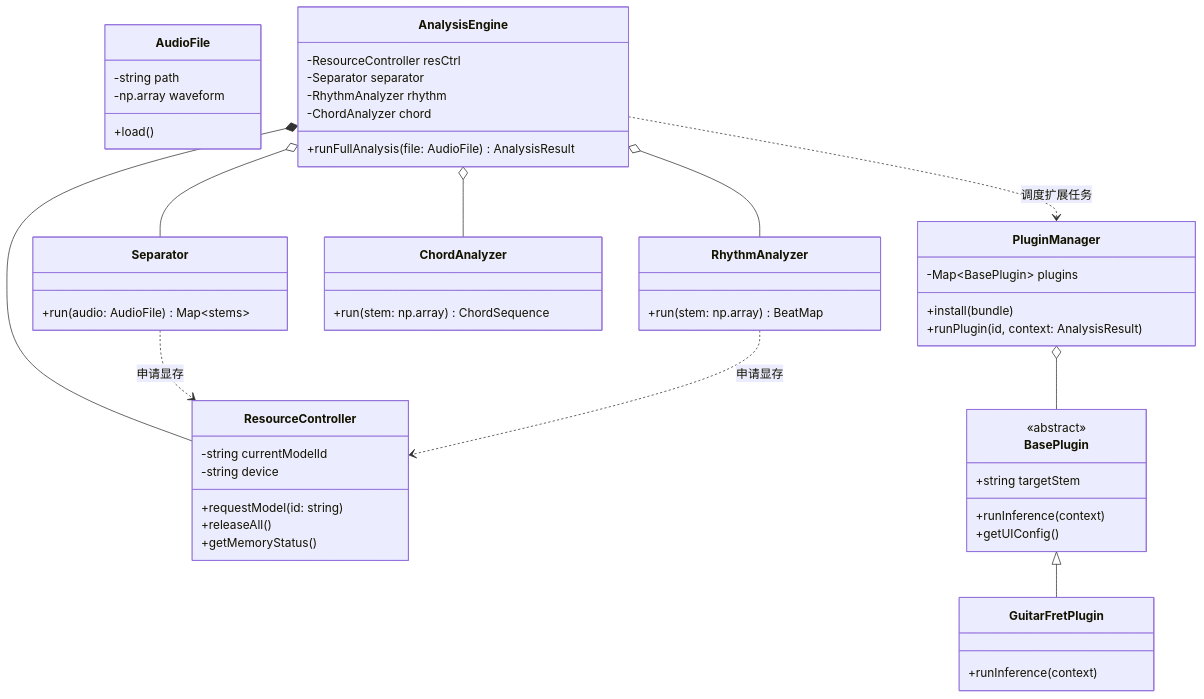
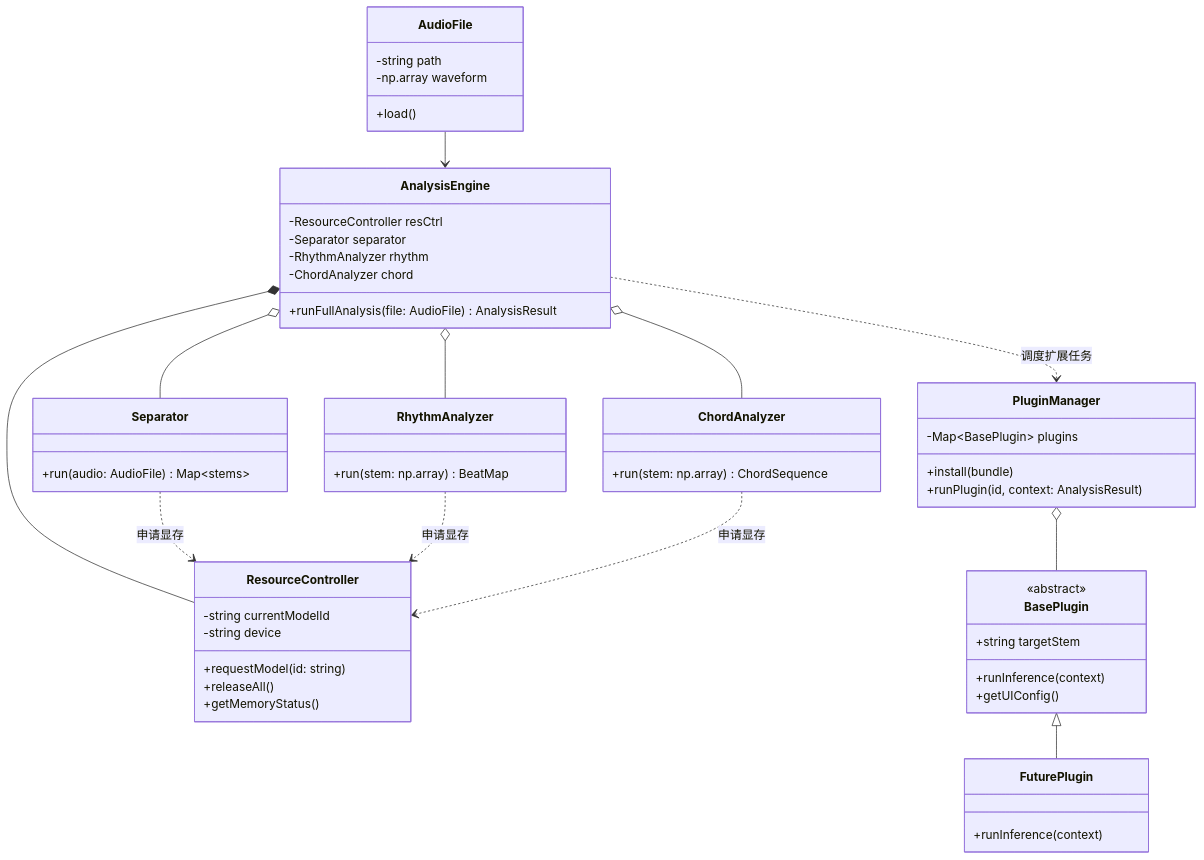
One commit to GotoMiyuki/TABsucks changed the second of 3 diagrams in 需求构思与建模.md. Above: the diagram before and after it, drawn with Mermaid. The commit also changed other lines of this file, not shown here.

````diff
--- a/需求构思与建模.md
+++ b/需求构思与建模.md
@@ -133,71 +138,72 @@
 ```mermaid
 classDiagram
     %% 核心数据
     class AudioFile {
       -string path
       -np.array waveform
       +load()
     }
 
     %% 资源调度 (算力优化核心)
     class ResourceController {
       -string currentModelId
       -string device
       +requestModel(id: string)
       +releaseAll()
       +getMemoryStatus()
     }
 
     %% 核心分析引擎
     class AnalysisEngine {
       -ResourceController resCtrl
       -Separator separator
       -RhythmAnalyzer rhythm
       -ChordAnalyzer chord
       +runFullAnalysis(file: AudioFile) AnalysisResult
     }
 
     class Separator {
       +run(audio: AudioFile) Map~stems~
     }
 
     class RhythmAnalyzer {
       +run(stem: np.array) BeatMap
     }
 
     class ChordAnalyzer {
       +run(stem: np.array) ChordSequence
     }
 
     %% 插件系统
     class PluginManager {
       -Map~BasePlugin~ plugins
       +install(bundle)
       +runPlugin(id, context: AnalysisResult)
     }
 
     class BasePlugin {
       <<abstract>>
       +string targetStem
       +runInference(context)
       +getUIConfig()
     }
 
-    class GuitarFretPlugin {
+    class FuturePlugin {
       +runInference(context)
     }
-
     %% 关联关系
     AnalysisEngine *-- ResourceController
     AnalysisEngine o-- Separator
     AnalysisEngine o-- RhythmAnalyzer
     AnalysisEngine o-- ChordAnalyzer
     
+    AudioFile --> AnalysisEngine
     Separator ..> ResourceController : 申请显存
     RhythmAnalyzer ..> ResourceController : 申请显存
+    ChordAnalyzer ..> ResourceController : 申请显存
     
     PluginManager o-- BasePlugin
-    BasePlugin <|-- GuitarFretPlugin
+    BasePlugin <|-- FuturePlugin
     
     AnalysisEngine ..> PluginManager : 调度扩展任务
 ```
````
